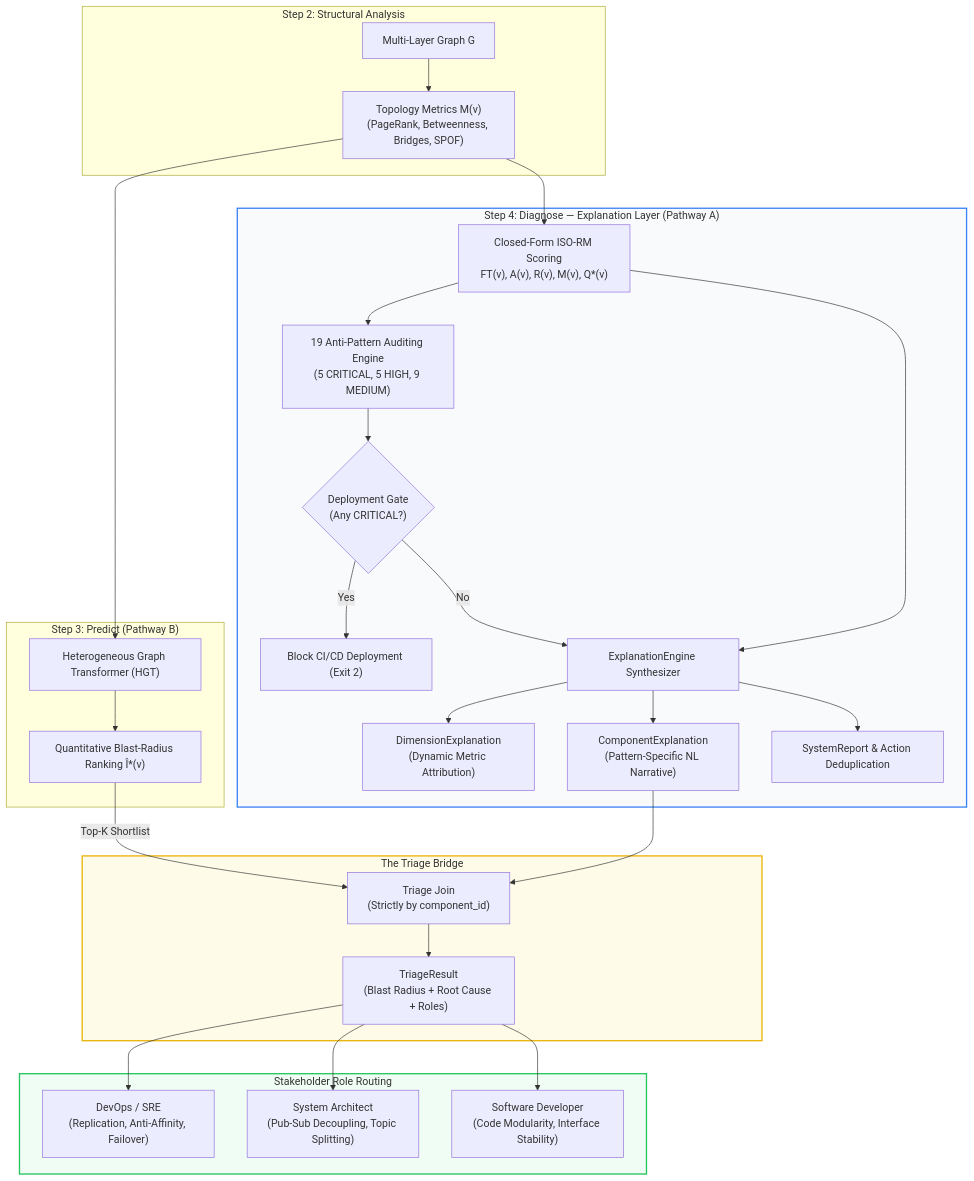
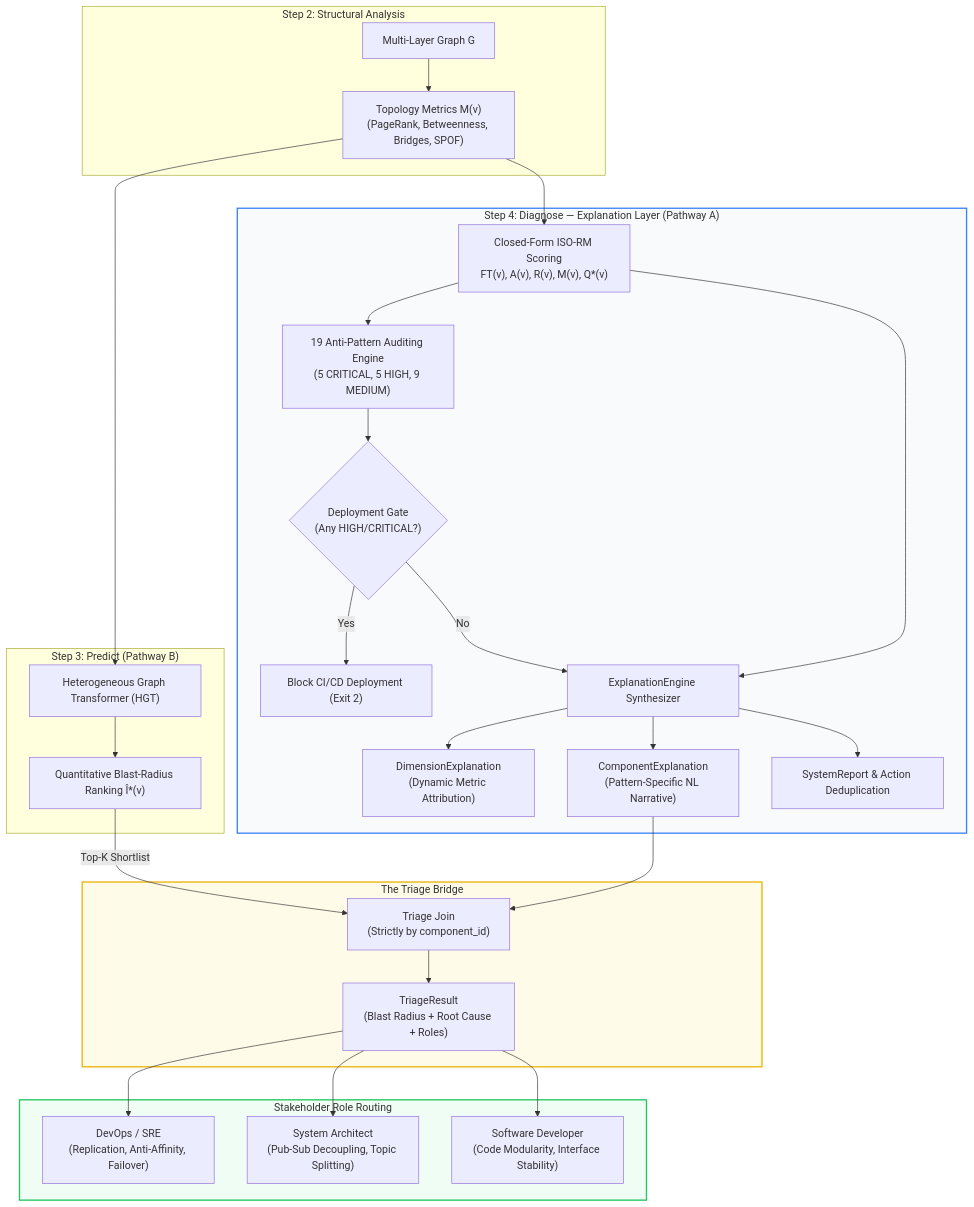
One commit to onuralpyigit/software-as-a-graph changed the first of 5 diagrams in docs/diagnosis.md. Above: the diagram before and after it, drawn with Mermaid. The commit also changed other lines of this file and 13 other files, not shown here.

````diff
--- a/docs/diagnosis.md
+++ b/docs/diagnosis.md
@@ -129,40 +129,40 @@
 ```mermaid
 flowchart TD
     subgraph Step2["Step 2: Structural Analysis"]
         G["Multi-Layer Graph G"] --> M["Topology Metrics M(v)<br>(PageRank, Betweenness, Bridges, SPOF)"]
     end
 
     subgraph Step3["Step 3: Predict (Pathway B)"]
         M --> HGT["Heterogeneous Graph Transformer (HGT)"]
         HGT --> RANK["Quantitative Blast-Radius Ranking Î*(v)"]
     end
 
     subgraph Step4["Step 4: Diagnose — Explanation Layer (Pathway A)"]
         M --> RM["Closed-Form ISO-RM Scoring<br>FT(v), A(v), R(v), M(v), Q*(v)"]
         RM --> AP["19 Anti-Pattern Auditing Engine<br>(5 CRITICAL, 5 HIGH, 9 MEDIUM)"]
-        AP --> GATE{"Deployment Gate<br>(Any CRITICAL?)"}
+        AP --> GATE{"Deployment Gate<br>(Any HIGH/CRITICAL?)"}
         GATE -->|Yes| BLK["Block CI/CD Deployment (Exit 2)"]
         GATE -->|No| EXP["ExplanationEngine Synthesizer"]
         
         RM --> EXP
         EXP --> DE["DimensionExplanation<br>(Dynamic Metric Attribution)"]
         EXP --> CE["ComponentExplanation<br>(Pattern-Specific NL Narrative)"]
         EXP --> SR["SystemReport & Action Deduplication"]
     end
 
     subgraph TriageBridge["The Triage Bridge"]
         RANK -->|Top-K Shortlist| TB["Triage Join<br>(Strictly by component_id)"]
         CE --> TB
         TB --> TR["TriageResult<br>(Blast Radius + Root Cause + Roles)"]
     end
 
     subgraph Stakeholders["Stakeholder Role Routing"]
         TR --> SRE["DevOps / SRE<br>(Replication, Anti-Affinity, Failover)"]
         TR --> ARCH["System Architect<br>(Pub-Sub Decoupling, Topic Splitting)"]
         TR --> DEV["Software Developer<br>(Code Modularity, Interface Stability)"]
     end
 
     style Step4 fill:#f8fafc,stroke:#3b82f6,stroke-width:2px
     style TriageBridge fill:#fefce8,stroke:#eab308,stroke-width:2px
     style Stakeholders fill:#f0fdf4,stroke:#22c55e,stroke-width:2px
 ```
````
